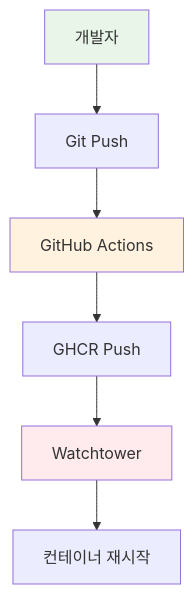
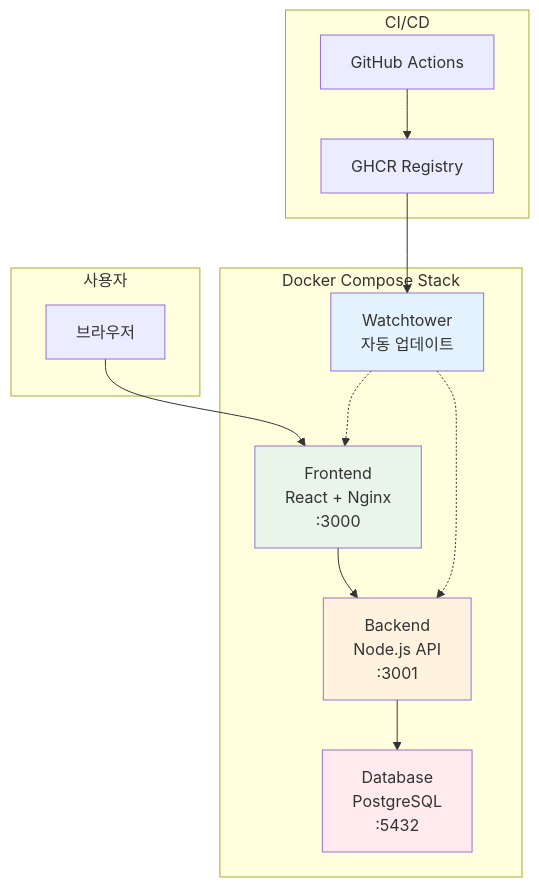
The first of 3 diagrams in theory/week_04/day4/lab_1.md (niceguy61/kdt_devops_lecture_2025), drawn with Mermaid before and after one commit. The commit also changed other lines of this file, not shown here.

````diff
--- a/theory/week_04/day4/lab_1.md
+++ b/theory/week_04/day4/lab_1.md
@@ -27,12 +27,31 @@
 ```mermaid
 graph TB
-    A[개발자] --> B[Git Push]
-    B --> C[GitHub Actions]
-    C --> D[GHCR Push]
-    D --> E[Watchtower]
-    E --> F[컨테이너 재시작]
+    subgraph "사용자"
+        U[브라우저]
+    end
     
-    style A fill:#e8f5e8
-    style C fill:#fff3e0
-    style E fill:#ffebee
+    subgraph "Docker Compose Stack"
+        F[Frontend<br/>React + Nginx<br/>:3000]
+        B[Backend<br/>Node.js API<br/>:3001]
+        D[Database<br/>PostgreSQL<br/>:5432]
+        W[Watchtower<br/>자동 업데이트]
+    end
+    
+    subgraph "CI/CD"
+        G[GitHub Actions]
+        R[GHCR Registry]
+    end
+    
+    U --> F
+    F --> B
+    B --> D
+    W -.-> F
+    W -.-> B
+    G --> R
+    R --> W
+    
+    style F fill:#e8f5e8
+    style B fill:#fff3e0
+    style D fill:#ffebee
+    style W fill:#e3f2fd
 ```
````
